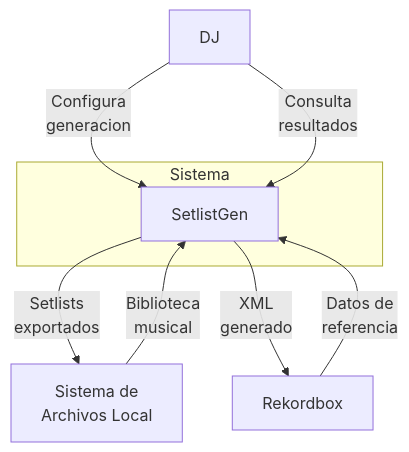
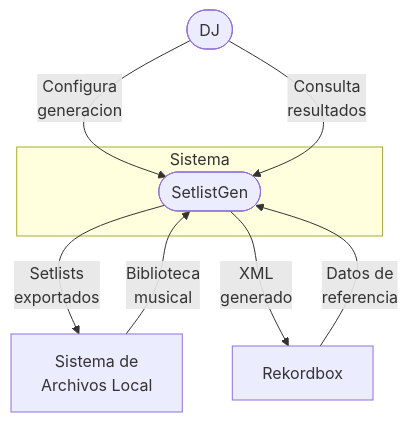
One commit to pabloo806/Trabajo-de-Fin-de-Grado changed the diagram in docs/memory/Book/diagrams/Actores.md. Above: the diagram before and after it, drawn with Mermaid.

Commit message:
Update diagram syntax for DJ and SetlistGen

````diff
--- a/docs/memory/Book/diagrams/Actores.md
+++ b/docs/memory/Book/diagrams/Actores.md
@@ -1,21 +1,21 @@
 ```mermaid
 flowchart TB
 
-    DJ[DJ]
+    DJ([DJ])
 
     subgraph Sistema
-        SG[SetlistGen]
+        SG([SetlistGen])
     end
 
     FS[Sistema de<br/>Archivos Local]
     RB[Rekordbox]
 
     DJ -->|Configura<br/>generacion| SG
     DJ -->|Consulta<br/>resultados| SG
 
     FS -->|Biblioteca<br/>musical| SG
     SG -->|Setlists<br/>exportados| FS
 
     SG -->|XML<br/>generado| RB
     RB -->|Datos de<br/>referencia| SG
 ```
````
